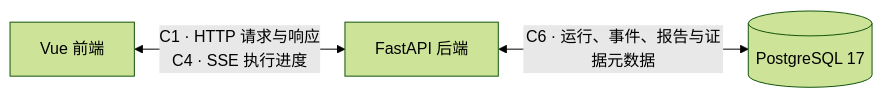
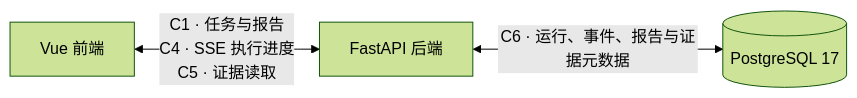
Before and after one commit to zhouyibetter1314/waata: the first of 3 diagrams in contracts/README.md, drawn with Mermaid (forest theme). The commit also changed other lines of this file and 15 other files, not shown here.

````diff
--- a/contracts/README.md
+++ b/contracts/README.md
@@ -7,9 +7,9 @@
 ```mermaid
 flowchart LR
     Web["Vue 前端"]
     Backend["FastAPI 后端"]
     Database[("PostgreSQL 17")]
 
-    Web <-->|"C1 · HTTP 请求与响应<br/>C4 · SSE 执行进度"| Backend
+    Web <-->|"C1 · 任务与报告<br/>C4 · SSE 执行进度<br/>C5 · 证据读取"| Backend
     Backend <-->|"C6 · 运行、事件、报告与证据元数据"| Database
 ```
````
